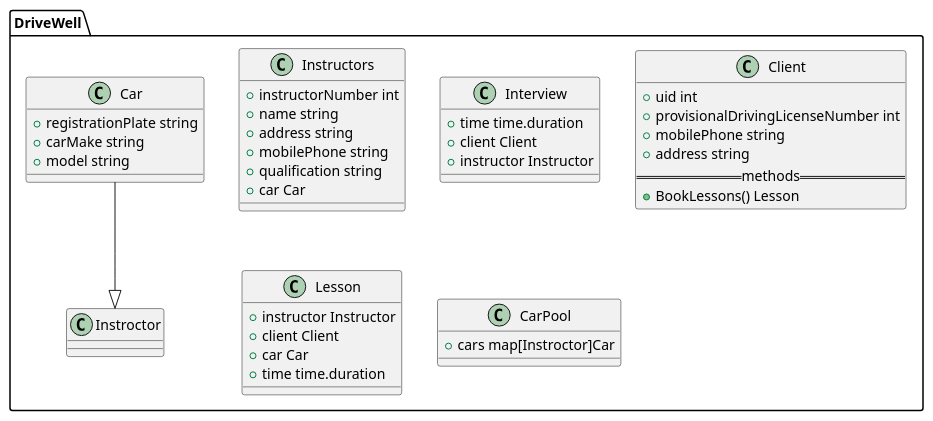
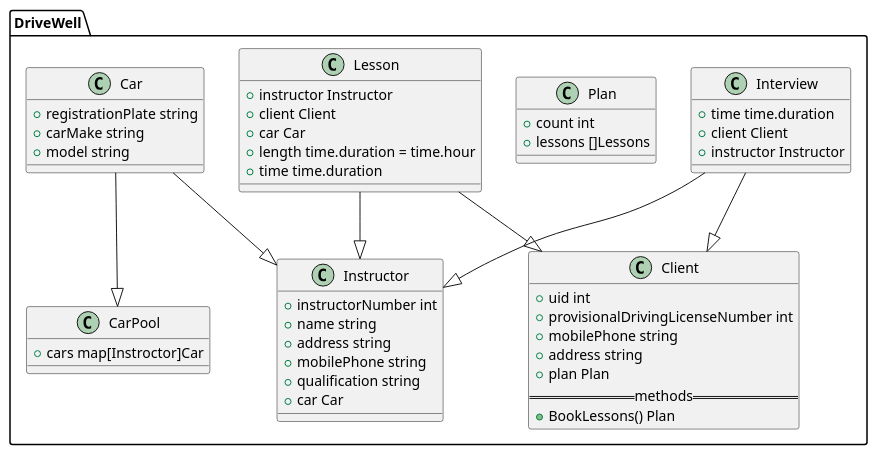
The second of 2 diagrams in CS335FZ-Software-Engineering-Software-Process/FinalExam/SUMMER 2019 EXAMINATION.md (Anxiu0101/Semester4LectureNotes), drawn with PlantUML before and after one commit.

Commit message:
vault backup: 2022-06-21 14:29:22

````diff
--- a/CS335FZ-Software-Engineering-Software-Process/FinalExam/SUMMER 2019 EXAMINATION.md
+++ b/CS335FZ-Software-Engineering-Software-Process/FinalExam/SUMMER 2019 EXAMINATION.md
@@ -37,45 +37,57 @@
 ```puml
 package DriveWell {
-	class Instructors {
+	class Instructor {
 		+ instructorNumber int
 		+ name string
 		+ address string
 		+ mobilePhone string
 		+ qualification string
 		+ car Car
 	}
 	
 	class Interview {
 		+ time time.duration
 		+ client Client
 		+ instructor Instructor
 	}
+	Interview --|> Client
+	Interview --|> Instructor
 	
 	class Client {
 		+ uid int
 		+ provisionalDrivingLicenseNumber int
 		+ mobilePhone string
 		+ address string
+		+ plan Plan
 		== methods ==
-		+ BookLessons() Lesson
+		+ BookLessons() Plan
+	}
+	
+	class Plan {
+		+ count int
+		+ lessons []Lessons
 	}
 	
 	class Lesson {
 		+ instructor Instructor
 		+ client Client
 		+ car Car
+		+ length time.duration = time.hour
 		+ time time.duration
 	}
+	Lesson --|> Client
+	Lesson --|> Instructor
 	
 	class Car {
 		+ registrationPlate string
 		+ carMake string
 		+ model string
 	}
-	Car --|> Instroctor
+	Car --|> Instructor
 	
 	class CarPool {
 		+ cars map[Instroctor]Car
 	}
+	Car --|> CarPool
 }
 ```
````
